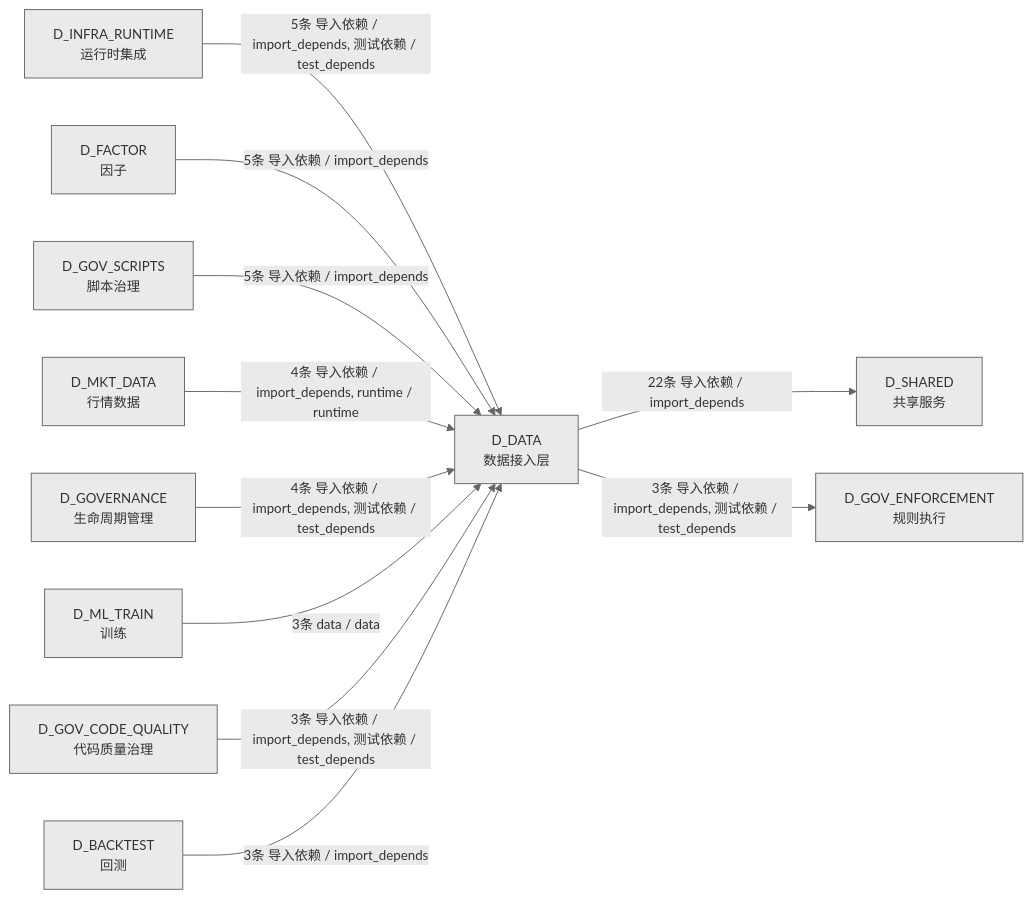
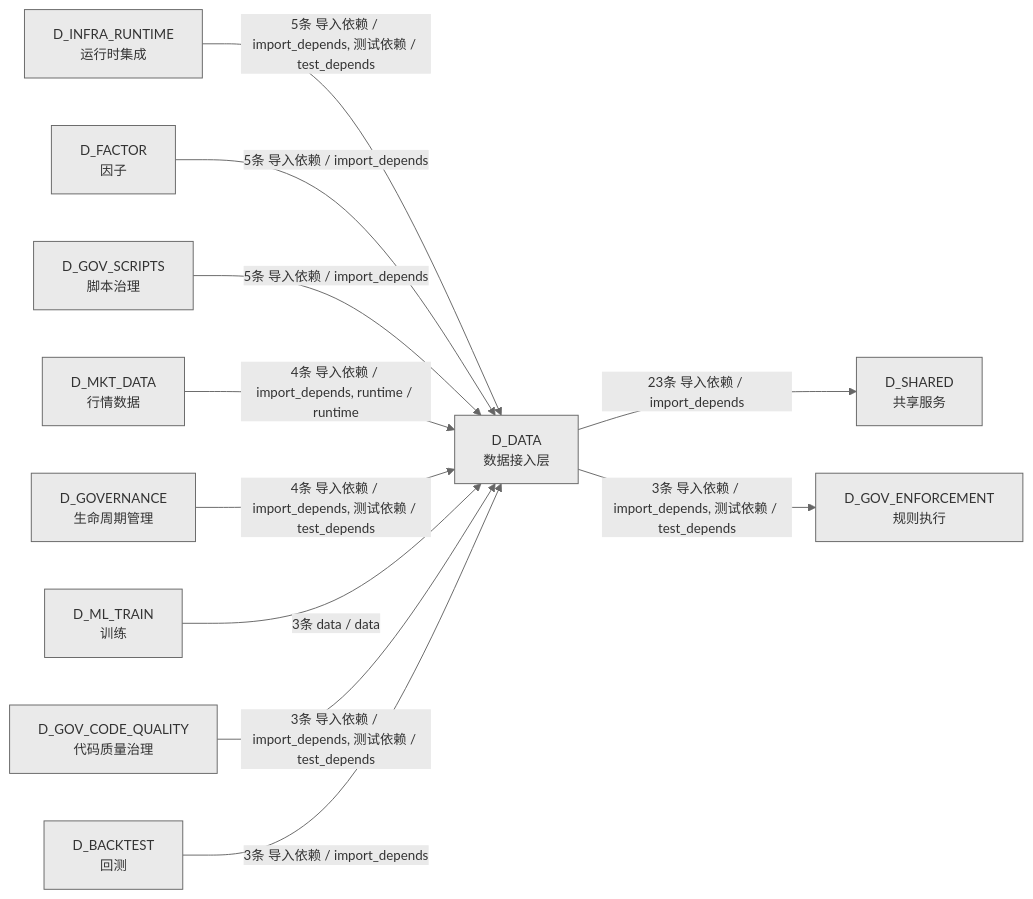
The fourth of 4 diagrams in docs/02_enterprise_architecture/02_domain_architecture_docs/11_d_data.md (xuanFelixVan/ZephyrAlpha), drawn with Mermaid before and after one commit. The commit also changed other lines of this file and 51 other files, not shown here.

````diff
--- a/docs/02_enterprise_architecture/02_domain_architecture_docs/11_d_data.md
+++ b/docs/02_enterprise_architecture/02_domain_architecture_docs/11_d_data.md
@@ -1429,25 +1434,25 @@
 ```mermaid
 %%{init: {'theme': 'base', 'themeVariables': {'primaryColor': '#eaeaea', 'primaryTextColor': '#333333', 'primaryBorderColor': '#666666', 'lineColor': '#666666', 'secondaryColor': '#eaeaea', 'tertiaryColor': '#eaeaea', 'fontSize': '14px'}}}%%
 graph LR
     D_DATA["D_DATA<br/>数据接入层"]
     D_SHARED["D_SHARED<br/>共享服务"]
     D_GOV_ENFORCEMENT["D_GOV_ENFORCEMENT<br/>规则执行"]
     D_INFRA_RUNTIME["D_INFRA_RUNTIME<br/>运行时集成"]
     D_FACTOR["D_FACTOR<br/>因子"]
     D_GOV_SCRIPTS["D_GOV_SCRIPTS<br/>脚本治理"]
     D_MKT_DATA["D_MKT_DATA<br/>行情数据"]
     D_GOVERNANCE["D_GOVERNANCE<br/>生命周期管理"]
     D_ML_TRAIN["D_ML_TRAIN<br/>训练"]
     D_GOV_CODE_QUALITY["D_GOV_CODE_QUALITY<br/>代码质量治理"]
     D_BACKTEST["D_BACKTEST<br/>回测"]
-    D_DATA -->|22条 导入依赖 / import_depends| D_SHARED
+    D_DATA -->|23条 导入依赖 / import_depends| D_SHARED
     D_DATA -->|3条 导入依赖 / import_depends, 测试依赖 / test_depends| D_GOV_ENFORCEMENT
     D_INFRA_RUNTIME -->|5条 导入依赖 / import_depends, 测试依赖 / test_depends| D_DATA
     D_FACTOR -->|5条 导入依赖 / import_depends| D_DATA
     D_GOV_SCRIPTS -->|5条 导入依赖 / import_depends| D_DATA
     D_MKT_DATA -->|4条 导入依赖 / import_depends, runtime / runtime| D_DATA
     D_GOVERNANCE -->|4条 导入依赖 / import_depends, 测试依赖 / test_depends| D_DATA
     D_ML_TRAIN -->|3条 data / data| D_DATA
     D_GOV_CODE_QUALITY -->|3条 导入依赖 / import_depends, 测试依赖 / test_depends| D_DATA
     D_BACKTEST -->|3条 导入依赖 / import_depends| D_DATA
 ```
````
